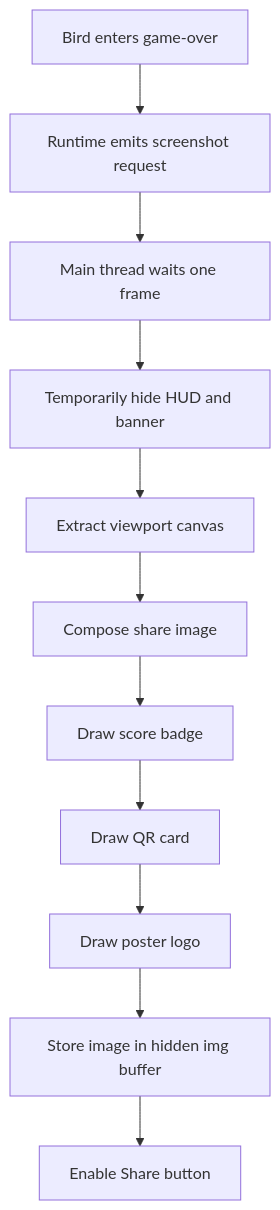
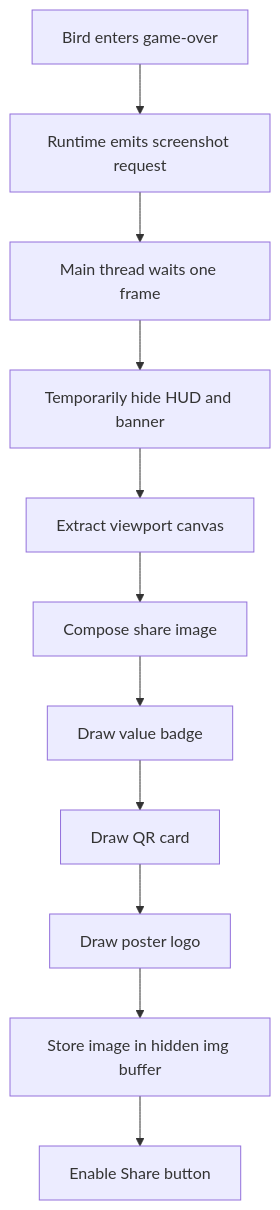
The eighth of 8 diagrams in docs/architecture.md (ArifZx/flappy-ecs), drawn with Mermaid before and after one commit. The commit also changed other lines of this file and 13 other files, not shown here.

````diff
--- a/docs/architecture.md
+++ b/docs/architecture.md
@@ -449,13 +449,13 @@
 ```mermaid
 flowchart TD
   A[Bird enters game-over] --> B[Runtime emits screenshot request]
   B --> C[Main thread waits one frame]
   C --> D[Temporarily hide HUD and banner]
   D --> E[Extract viewport canvas]
   E --> F[Compose share image]
-  F --> G[Draw score badge]
+  F --> G[Draw value badge]
   G --> H[Draw QR card]
   H --> I[Draw poster logo]
   I --> J[Store image in hidden img buffer]
   J --> K[Enable Share button]
 ```
````
